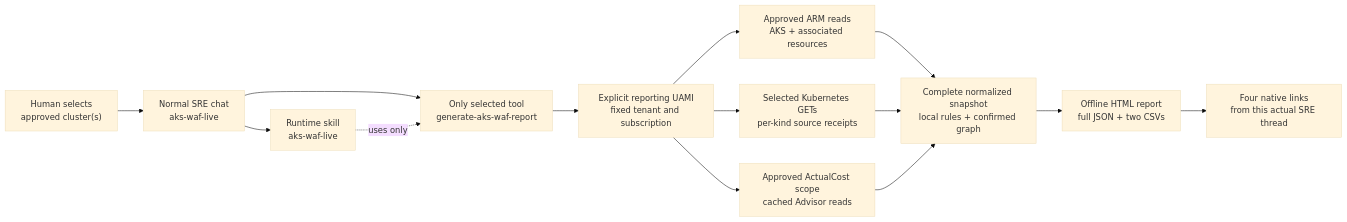
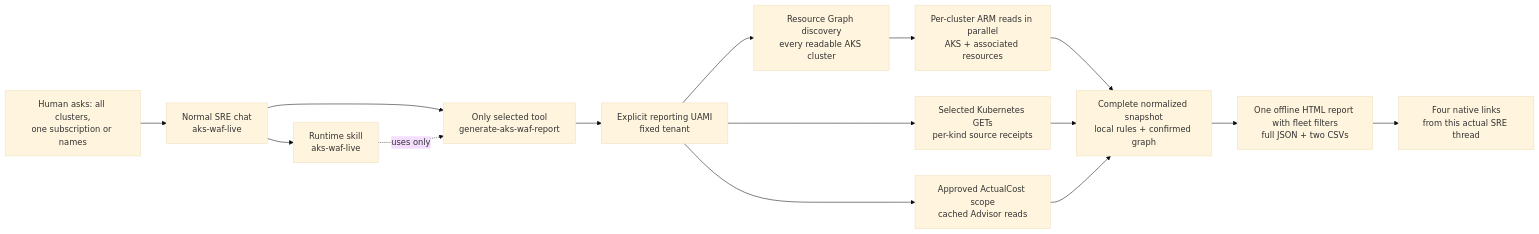
One commit to marioaguileraaa/sre-agent-use-cases changed the first of 3 diagrams in 04-aks-well-architected-review/README.md. Above: the diagram before and after it, drawn with Mermaid (base theme). The commit also changed other lines of this file and 37 other files, not shown here.

First line of the commit message:
Case 04: review every readable AKS cluster in one report with subscription and cluster filters

````diff
--- a/04-aks-well-architected-review/README.md
+++ b/04-aks-well-architected-review/README.md
@@ -165,16 +174,17 @@
 ```mermaid
 flowchart LR
-    H["Human selects<br/>approved cluster(s)"] --> C["Normal SRE chat<br/>aks-waf-live"]
+    H["Human asks: all clusters,<br/>one subscription or names"] --> C["Normal SRE chat<br/>aks-waf-live"]
     C --> S["Runtime skill<br/>aks-waf-live"]
     C --> T["Only selected tool<br/>generate-aks-waf-report"]
     S -.->|"uses only"| T
-    T --> I["Explicit reporting UAMI<br/>fixed tenant and subscription"]
-    I --> A["Approved ARM reads<br/>AKS + associated resources"]
+    T --> I["Explicit reporting UAMI<br/>fixed tenant"]
+    I --> G["Resource Graph discovery<br/>every readable AKS cluster"]
+    G --> A["Per-cluster ARM reads in parallel<br/>AKS + associated resources"]
     I --> K["Selected Kubernetes GETs<br/>per-kind source receipts"]
     I --> F["Approved ActualCost scope<br/>cached Advisor reads"]
     A --> M["Complete normalized snapshot<br/>local rules + confirmed graph"]
     K --> M
     F --> M
-    M --> R["Offline HTML report<br/>full JSON + two CSVs"]
+    M --> R["One offline HTML report with fleet filters<br/>full JSON + two CSVs"]
     R --> D["Four native links<br/>from this actual SRE thread"]
 ```
````
